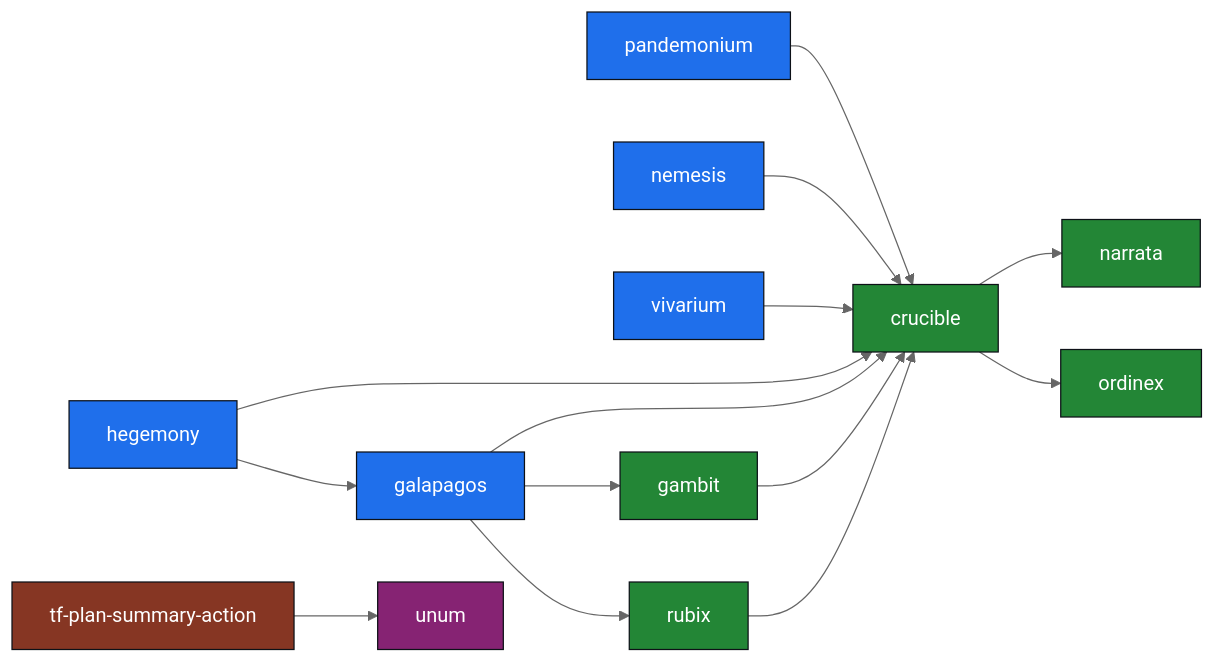
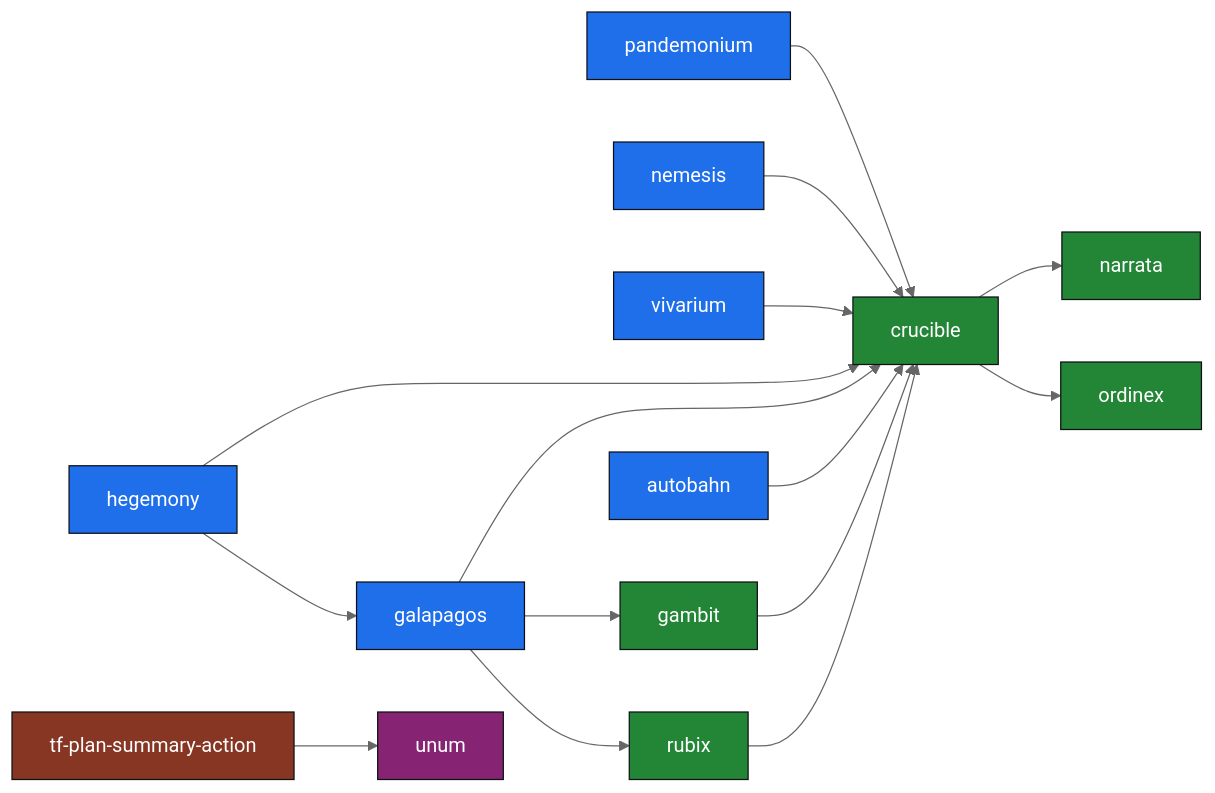
One commit to danielriddell21/danielriddell21 changed the diagram in README.md. Above: the diagram before and after it, drawn with Mermaid (neutral theme). The commit also changed other lines of this file, not shown here.

````diff
--- a/README.md
+++ b/README.md
@@ -18,27 +18,28 @@
 ```mermaid
 flowchart LR
     pandemonium --> crucible
     nemesis --> crucible
     vivarium --> crucible
     galapagos --> crucible
     hegemony --> crucible
     gambit --> crucible
     rubix --> crucible
+    autobahn --> crucible
 
     crucible --> narrata
     crucible --> ordinex
     hegemony --> galapagos
     galapagos --> gambit
     galapagos --> rubix
 
     tf-plan-summary-action --> unum
 
     classDef game fill:#1f6feb,stroke:#0d1117,color:#fff;
     classDef tool fill:#862373,stroke:#0d1117,color:#fff;
     classDef lib fill:#238636,stroke:#0d1117,color:#fff;
     classDef action fill:#863623,stroke:#0d1117,color:#fff;
-    class pandemonium,nemesis,vivarium,galapagos,hegemony game;
+    class pandemonium,nemesis,vivarium,galapagos,hegemony,autobahn game;
     class unum tool;
     class gambit,rubix,crucible,narrata,ordinex lib;
     class tf-plan-summary-action action;
 ```
````
